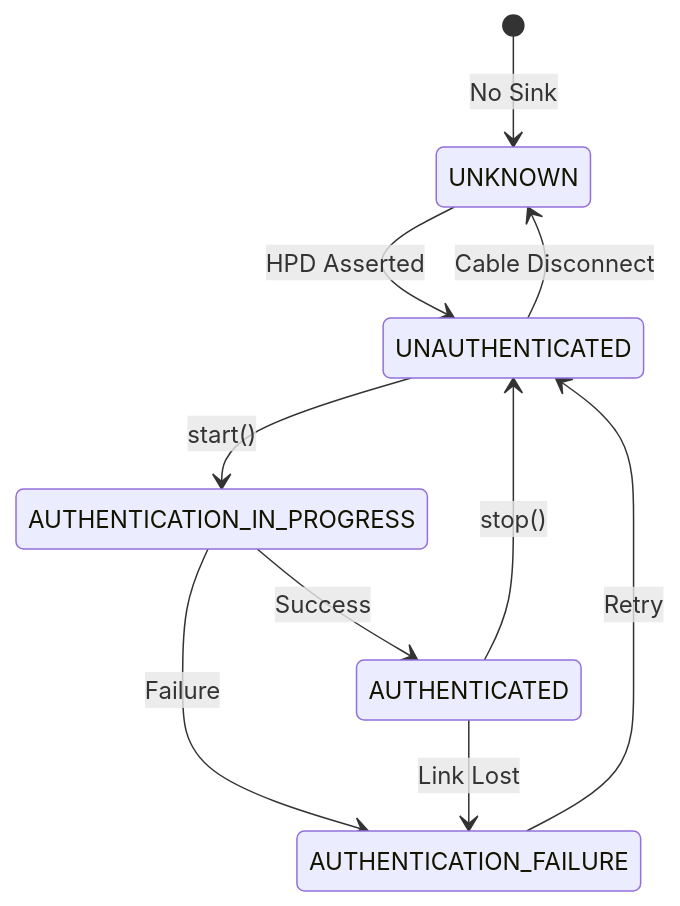
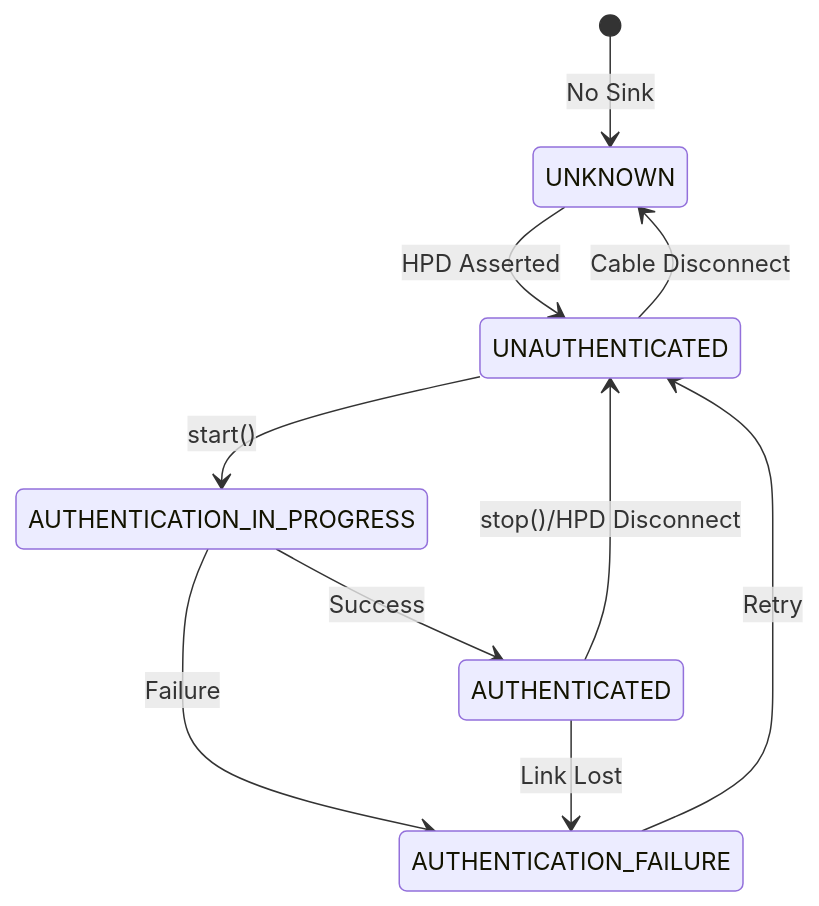
Before and after one commit to rdkcentral/rdk-halif-aidl: the second of 6 diagrams in hdmioutput/current/docs/hdmi_output.md, drawn with Mermaid.

````diff
--- a/hdmioutput/current/docs/hdmi_output.md
+++ b/hdmioutput/current/docs/hdmi_output.md
@@ -159,12 +159,12 @@
 ```mermaid
 stateDiagram-v2
     [*] --> UNKNOWN: No Sink
     UNKNOWN --> UNAUTHENTICATED: HPD Asserted
     UNAUTHENTICATED --> AUTHENTICATION_IN_PROGRESS: start()
     AUTHENTICATION_IN_PROGRESS --> AUTHENTICATED: Success
     AUTHENTICATION_IN_PROGRESS --> AUTHENTICATION_FAILURE: Failure
     AUTHENTICATION_FAILURE --> UNAUTHENTICATED: Retry
     AUTHENTICATED --> AUTHENTICATION_FAILURE: Link Lost
-    AUTHENTICATED --> UNAUTHENTICATED: stop()
+    AUTHENTICATED --> UNAUTHENTICATED: stop()/HPD Disconnect
     UNAUTHENTICATED --> UNKNOWN: Cable Disconnect
 ```
````
